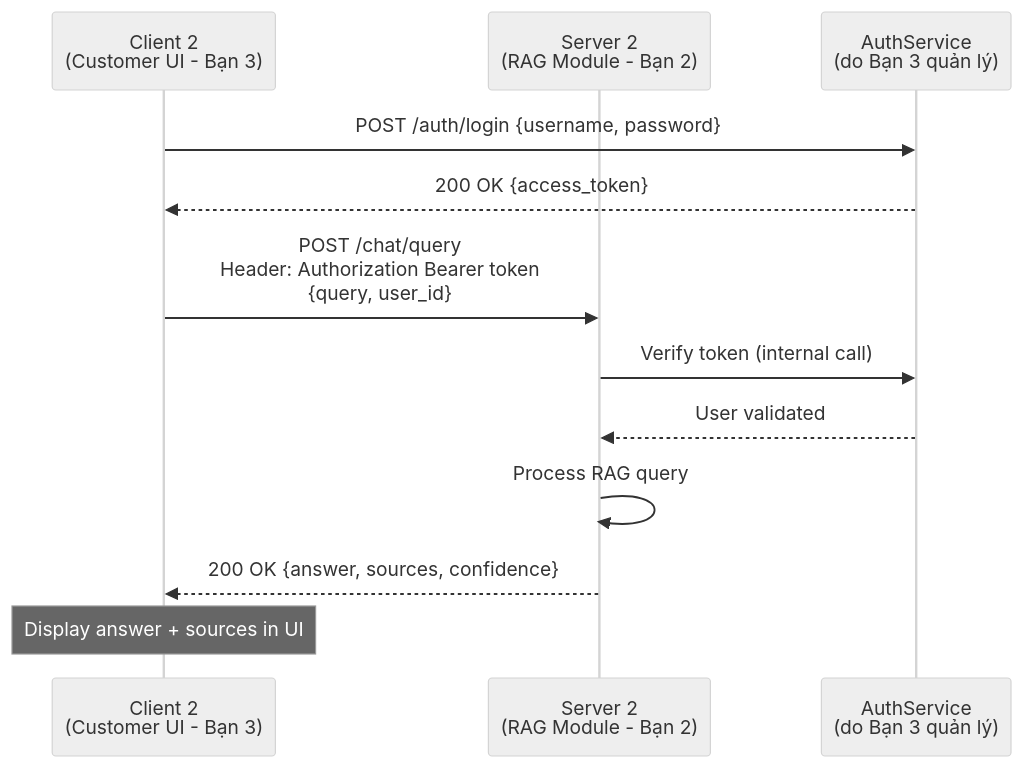
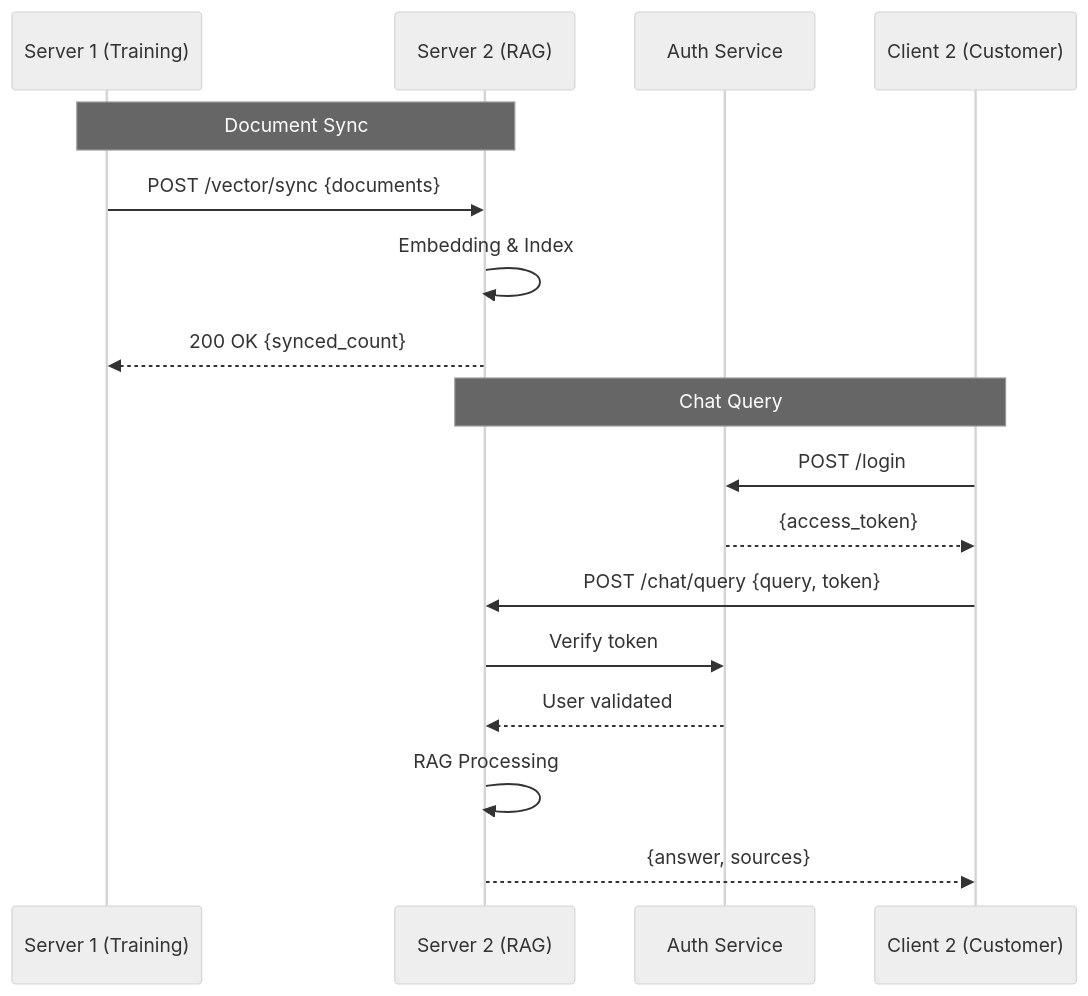
Before and after one commit to tvanle/Module2-HTTM: the ninth of 10 diagrams in README.md, drawn with Mermaid (neutral theme). The commit also changed other lines of this file, not shown here.

````diff
--- a/README.md
+++ b/README.md
@@ -864,19 +534,22 @@
 ```mermaid
 sequenceDiagram
-    participant C2 as Client 2<br/>(Customer UI - Bạn 3)
-    participant S2 as Server 2<br/>(RAG Module - Bạn 2)
-    participant Auth as AuthService<br/>(do Bạn 3 quản lý)
+    participant S1 as Server 1 (Training)
+    participant S2 as Server 2 (RAG)
+    participant Auth as Auth Service
+    participant C2 as Client 2 (Customer)
 
-    C2->>Auth: POST /auth/login {username, password}
-    Auth-->>C2: 200 OK {access_token}
+    Note over S1,S2: Document Sync
+    S1->>S2: POST /vector/sync {documents}
+    S2->>S2: Embedding & Index
+    S2-->>S1: 200 OK {synced_count}
 
-    C2->>S2: POST /chat/query<br/>Header: Authorization Bearer token<br/>{query, user_id}
+    Note over C2,S2: Chat Query
+    C2->>Auth: POST /login
+    Auth-->>C2: {access_token}
 
-    S2->>Auth: Verify token (internal call)
+    C2->>S2: POST /chat/query {query, token}
+    S2->>Auth: Verify token
     Auth-->>S2: User validated
-
-    S2->>S2: Process RAG query
-    S2-->>C2: 200 OK {answer, sources, confidence}
-
-    Note over C2: Display answer + sources in UI
+    S2->>S2: RAG Processing
+    S2-->>C2: {answer, sources}
 ```
````
